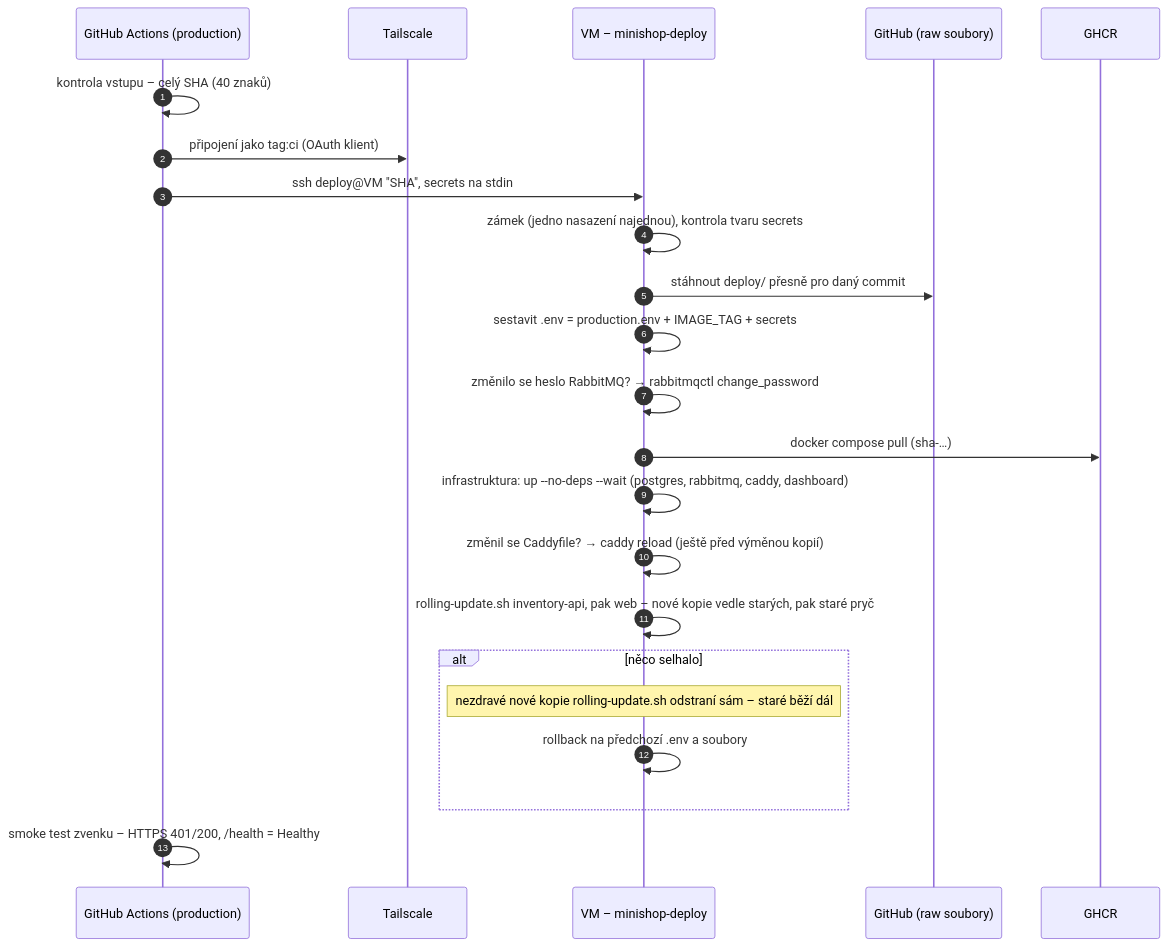
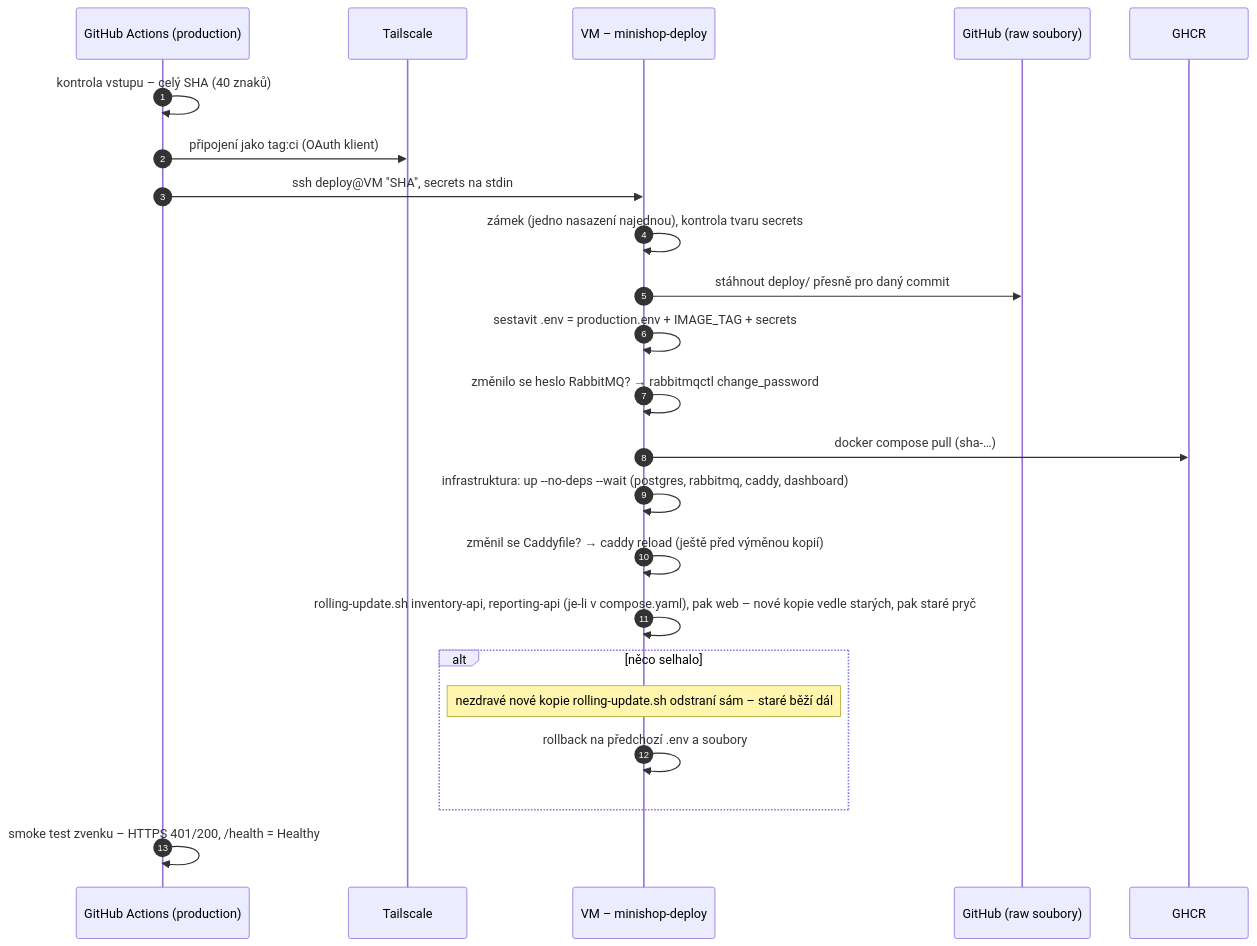
One commit to ftichy/MiniShop changed the first of 2 diagrams in docs/prirucka/github/cd.md. Above: the diagram before and after it, drawn with Mermaid. The commit also changed 56 other files, not shown here.

````diff
--- a/docs/prirucka/github/cd.md
+++ b/docs/prirucka/github/cd.md
@@ -14,26 +14,26 @@
 ```mermaid
 sequenceDiagram
     autonumber
     participant GA as GitHub Actions (production)
     participant TS as Tailscale
     participant VM as VM – minishop-deploy
     participant GH as GitHub (raw soubory)
     participant R as GHCR
 
     GA->>GA: kontrola vstupu – celý SHA (40 znaků)
     GA->>TS: připojení jako tag:ci (OAuth klient)
     GA->>VM: ssh deploy@VM "SHA", secrets na stdin
     VM->>VM: zámek (jedno nasazení najednou), kontrola tvaru secrets
     VM->>GH: stáhnout deploy/ přesně pro daný commit
     VM->>VM: sestavit .env = production.env + IMAGE_TAG + secrets
     VM->>VM: změnilo se heslo RabbitMQ? → rabbitmqctl change_password
     VM->>R: docker compose pull (sha-…)
     VM->>VM: infrastruktura: up --no-deps --wait (postgres, rabbitmq, caddy, dashboard)
     VM->>VM: změnil se Caddyfile? → caddy reload (ještě před výměnou kopií)
-    VM->>VM: rolling-update.sh inventory-api, pak web – nové kopie vedle starých, pak staré pryč
+    VM->>VM: rolling-update.sh inventory-api, reporting-api (je-li v compose.yaml), pak web – nové kopie vedle starých, pak staré pryč
     alt něco selhalo
         Note over VM: nezdravé nové kopie rolling-update.sh odstraní sám – staré běží dál
         VM->>VM: rollback na předchozí .env a soubory
     end
     GA->>GA: smoke test zvenku – HTTPS 401/200, /health = Healthy
 ```
````
